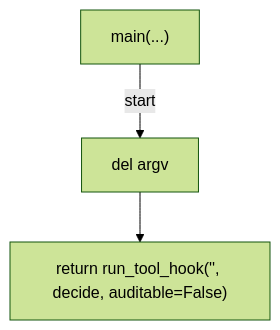
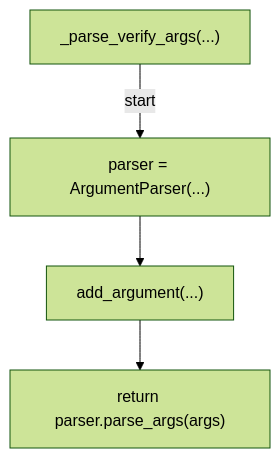
Diagram 27 of 28 in docs/generated/scripts/ast/gate_agents_skills_edit.md (tvna/claude-md), drawn with Mermaid (forest theme) before and after one commit. The commit also changed other lines of this file and 2 other files, not shown here.

First line of the commit message:
docs(generated): regenerate decision tree and workflow diagrams

````diff
--- a/docs/generated/scripts/ast/gate_agents_skills_edit.md
+++ b/docs/generated/scripts/ast/gate_agents_skills_edit.md
@@ -276,8 +428,10 @@
 ```mermaid
 flowchart TD
-    N001["main(...)"]
-    N002["del argv"]
-    N003["return run_tool_hook('<str>', decide, auditable=False)"]
+    N001["_parse_verify_args(...)"]
+    N002["parser = ArgumentParser(...)"]
+    N003["add_argument(...)"]
+    N004["return parser.parse_args(args)"]
     N001 -->|"start"| N002
     N002 --> N003
+    N003 --> N004
 ```
````
